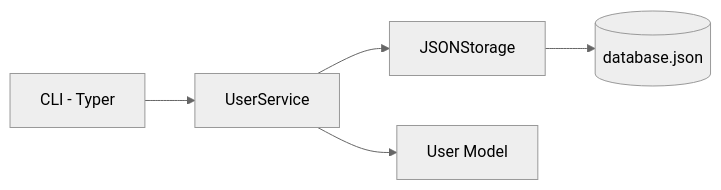
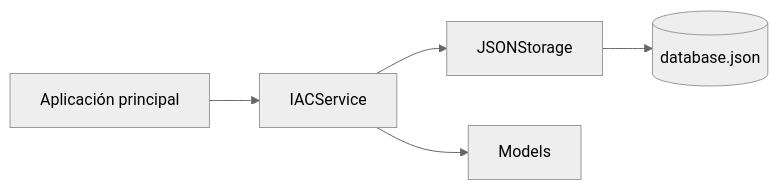
Before and after one commit to mcarvajal865/IAC: the diagram in docs/index.md, drawn with Mermaid (neutral theme). The commit also changed other lines of this file and 1 other file, not shown here.

````diff
--- a/docs/index.md
+++ b/docs/index.md
@@ -43,7 +44,7 @@
-``` mermaid
+```mermaid
 flowchart LR
-    CLI[CLI - Typer] --> Service[UserService]
+    CLI[Aplicación principal] --> Service[IACService]
     Service --> Storage[JSONStorage]
-    Service --> Model[User Model]
+    Service --> Model[Models]
     Storage --> Database[(database.json)]
 ```
````
